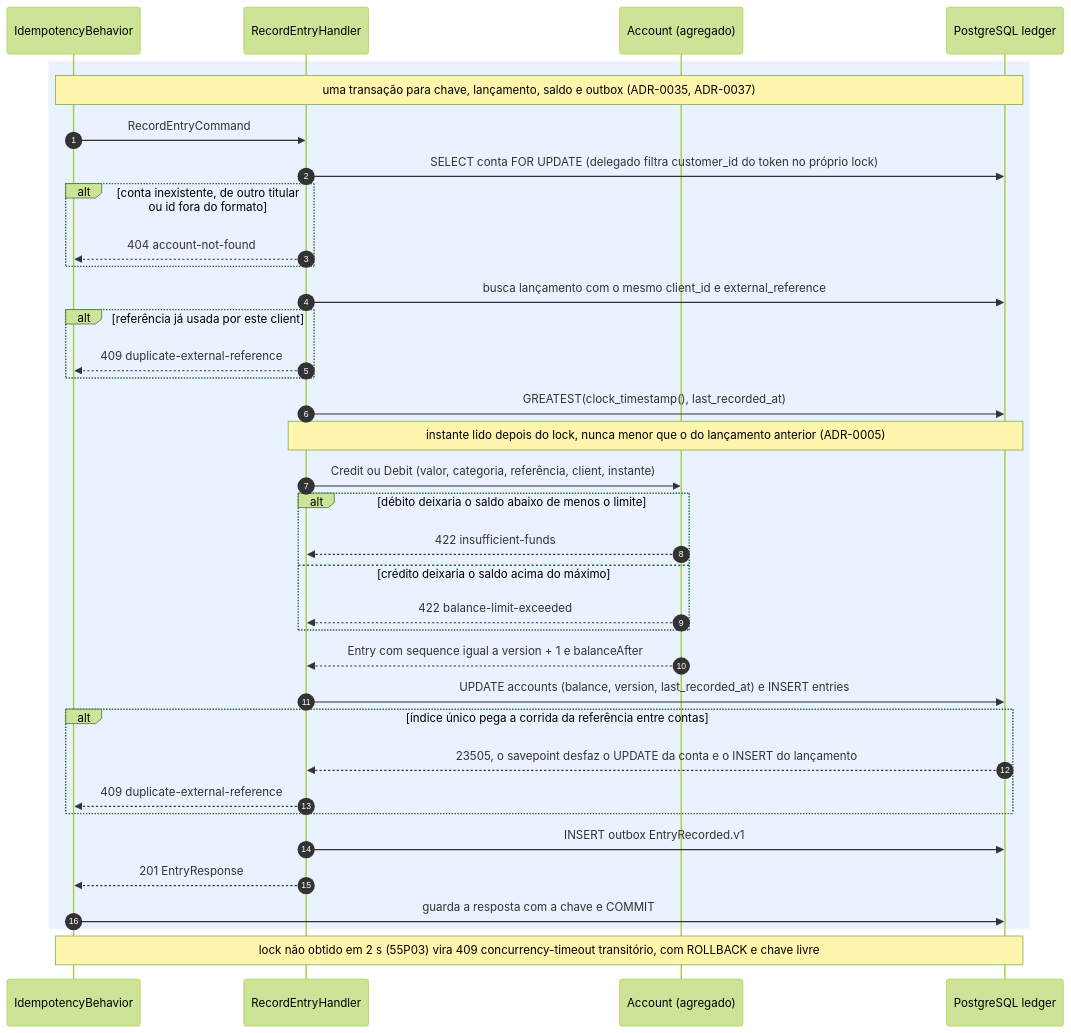
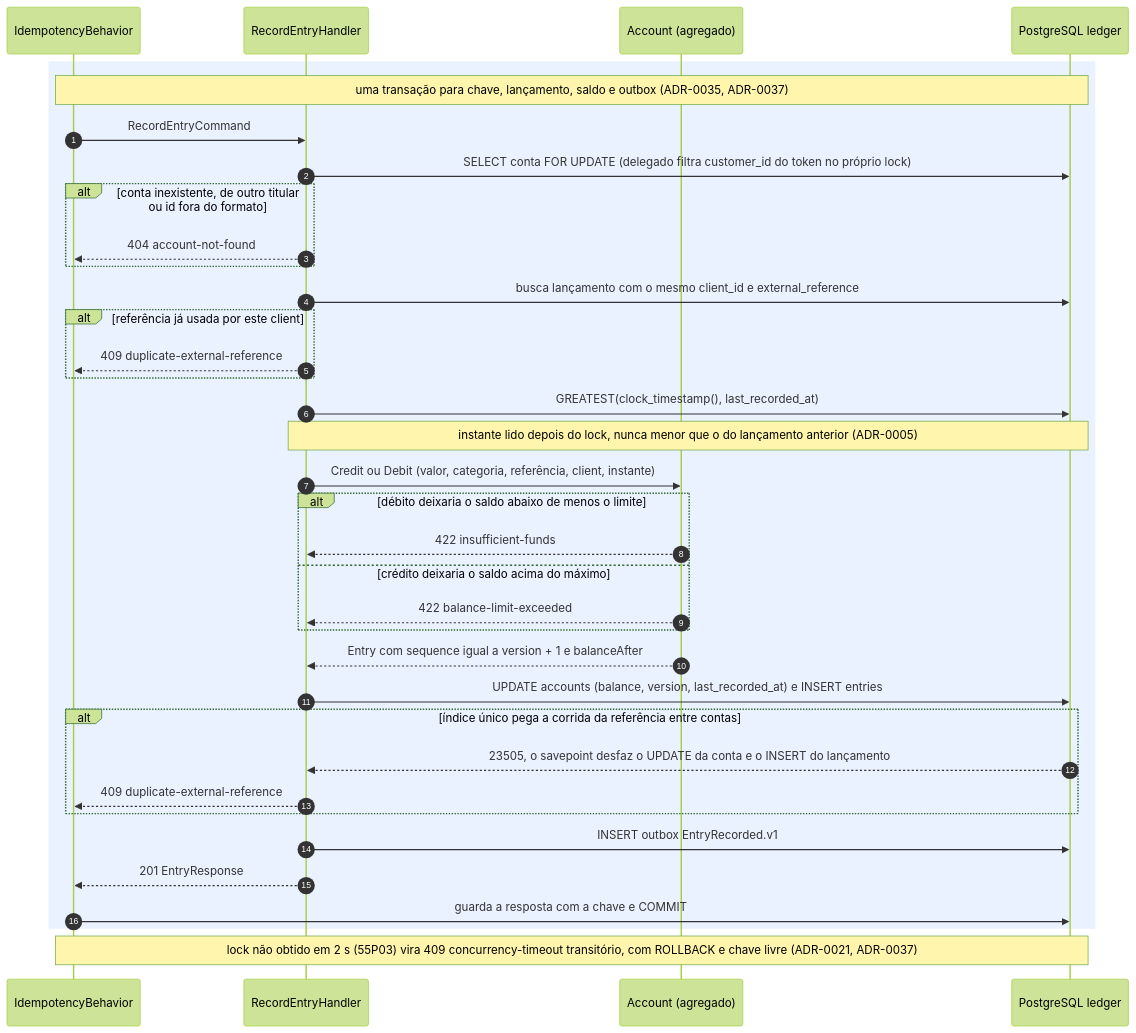
One commit to arthuurw/desafio-arquiteto-keyrus changed the first of 8 diagrams in docs/arquitetura/fluxos-ledger.md. Above: the diagram before and after it, drawn with Mermaid (forest theme). The commit also changed other lines of this file and 4 other files, not shown here.

First line of the commit message:
docs(fluxos): close the code review findings on the flow docs

````diff
--- a/docs/arquitetura/fluxos-ledger.md
+++ b/docs/arquitetura/fluxos-ledger.md
@@ -13,39 +13,39 @@
 ```mermaid
 sequenceDiagram
   autonumber
   participant B as IdempotencyBehavior
   participant H as RecordEntryHandler
   participant A as Account (agregado)
   participant DB as PostgreSQL ledger
 
   rect rgba(80, 140, 255, 0.12)
     Note over B,DB: uma transação para chave, lançamento, saldo e outbox (ADR-0035, ADR-0037)
     B->>H: RecordEntryCommand
     H->>DB: SELECT conta FOR UPDATE (delegado filtra customer_id do token no próprio lock)
     alt conta inexistente, de outro titular ou id fora do formato
       H-->>B: 404 account-not-found
     end
     H->>DB: busca lançamento com o mesmo client_id e external_reference
     alt referência já usada por este client
       H-->>B: 409 duplicate-external-reference
     end
     H->>DB: GREATEST(clock_timestamp(), last_recorded_at)
     Note over H,DB: instante lido depois do lock, nunca menor que o do lançamento anterior (ADR-0005)
     H->>A: Credit ou Debit (valor, categoria, referência, client, instante)
     alt débito deixaria o saldo abaixo de menos o limite
       A-->>H: 422 insufficient-funds
     else crédito deixaria o saldo acima do máximo
       A-->>H: 422 balance-limit-exceeded
     end
     A-->>H: Entry com sequence igual a version + 1 e balanceAfter
     H->>DB: UPDATE accounts (balance, version, last_recorded_at) e INSERT entries
     alt índice único pega a corrida da referência entre contas
       DB-->>H: 23505, o savepoint desfaz o UPDATE da conta e o INSERT do lançamento
       H-->>B: 409 duplicate-external-reference
     end
     H->>DB: INSERT outbox EntryRecorded.v1
     H-->>B: 201 EntryResponse
     B->>DB: guarda a resposta com a chave e COMMIT
   end
-  Note over B,DB: lock não obtido em 2 s (55P03) vira 409 concurrency-timeout transitório, com ROLLBACK e chave livre
+  Note over B,DB: lock não obtido em 2 s (55P03) vira 409 concurrency-timeout transitório, com ROLLBACK e chave livre (ADR-0021, ADR-0037)
 ```
````
